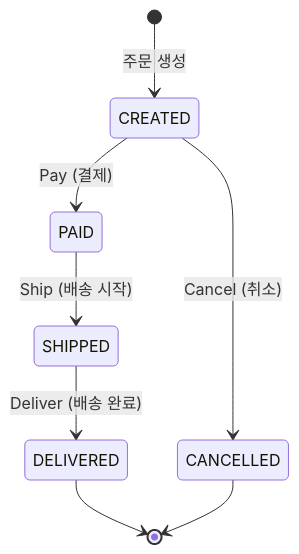
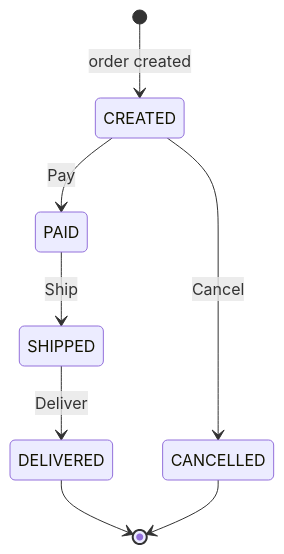
Before and after one commit to bluetape4k/bluetape4k-projects: the fourth of 8 diagrams in utils/states/README.md, drawn with Mermaid. The commit also changed other lines of this file and 265 other files, not shown here.

````diff
--- a/utils/states/README.md
+++ b/utils/states/README.md
@@ -214,12 +216,12 @@
 ```mermaid
 stateDiagram-v2
-    [*] --> CREATED : 주문 생성
+    [*] --> CREATED : order created
 
-    CREATED --> PAID : Pay (결제)
-    CREATED --> CANCELLED : Cancel (취소)
-    PAID --> SHIPPED : Ship (배송 시작)
-    SHIPPED --> DELIVERED : Deliver (배송 완료)
+    CREATED --> PAID : Pay
+    CREATED --> CANCELLED : Cancel
+    PAID --> SHIPPED : Ship
+    SHIPPED --> DELIVERED : Deliver
 
     DELIVERED --> [*]
     CANCELLED --> [*]
 ```
````
